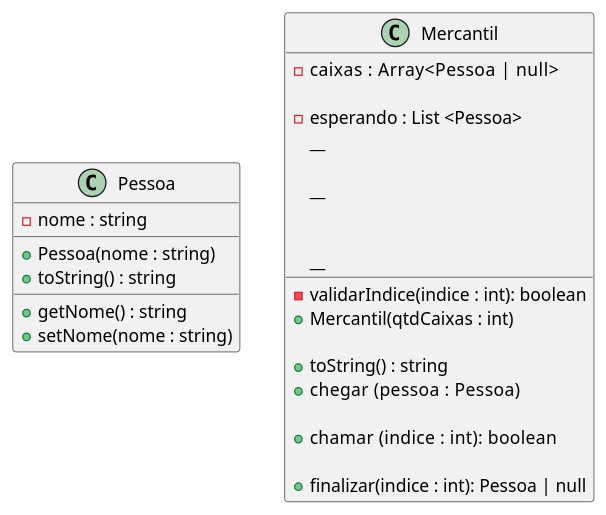
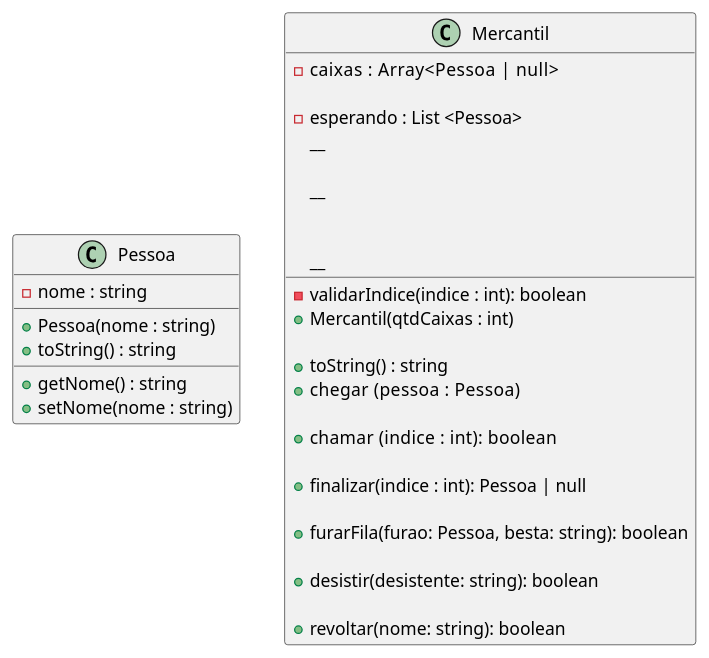
One commit to qxcodepoo/arcade changed the diagram in base/037/.cache/Readme.md. Above: the diagram before and after it, drawn with PlantUML. The commit also changed other lines of this file and 3 other files, not shown here.

````diff
--- a/base/037/.cache/Readme.md
+++ b/base/037/.cache/Readme.md
@@ -38,51 +38,66 @@
 ```plantuml
 class Pessoa {
   - nome : string
   __
   + Pessoa(nome : string)
   + toString() : string
   __
   + getNome() : string
   + setNome(nome : string)
 }
 
 class Mercantil {
   
   ' se estiver em java , utilize ArrayList<Pessoa>
   ' se estiver em c++  , utilize vector<shared_ptr<Pessoa>>
   ' se estiver em ts   , utilize Array<Pessoa|null>
   - caixas    : Array<Pessoa | null>
   
   ' se estiver em java, utilize LinkedList<Pessoa>
   ' se estiver em c++ , utilize list<shared_ptr<Pessoa>>
   ' se estiver em ts  , utilize Array<Pessoa>
   - esperando : List <Pessoa>
   __
   
   ' verifica se existe essa posição no caixa
   ' emite erro se não existir
   - validarIndice(indice : int): boolean
   __
   
   ' inicializa os caixas com qtdCaixas posições iguais a null
   ' inicializa esperando como uma lista vazia
   + Mercantil(qtdCaixas : int)
   
   + toString() : string
   __
   
   ' adicione um cliente na fila de espera
   + chegar   (pessoa : Pessoa)
   
   ' verifica se indice é valido
   ' verifica se caixa[indice] está vazio
   ' verifica se tem alguém na fila de espera
   ' move o primeiro da fila de espera para o caixa[indice]
   + chamar   (indice : int): boolean
   
   ' verifica se indice é valido
   ' verifica se caixa[indice] tem alguém
   ' coloca o caixa[indice] como vazio
   + finalizar(indice : int): Pessoa | null
+
+  '
+  ' tenta colocar o furão na frente do besta na fila de espera
+  ' procure pela posição do besta e se encontrar, 
+  '   coloque o furão na frente do besta
+  + furarFila(furao: Pessoa, besta: string): boolean
+
+  ' procura pela pessoa na fila de espera
+  ' e a remove da fila de espera
+  + desistir(desistente: string): boolean
+
+  ' o cliente que estava no caixa se revoltou com
+  ' o preco do produto e fugiu no meio do atendimento
+  ' procure o cliente por nome nos caixas e remova
+  + revoltar(nome: string): boolean
 }
 ```
````
